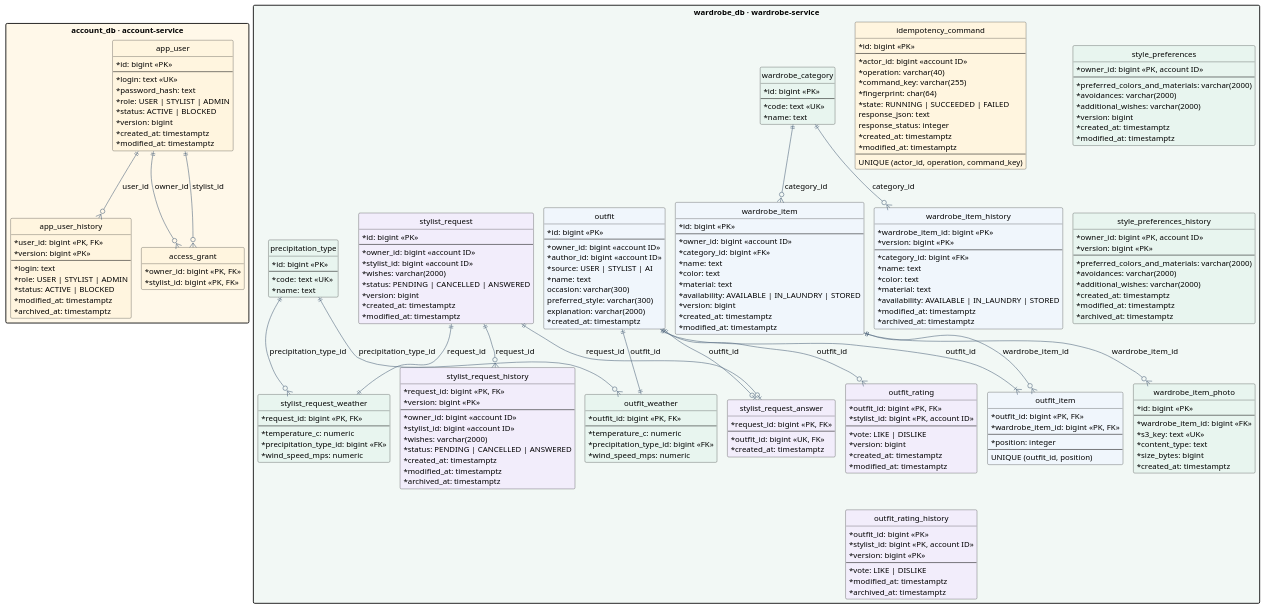
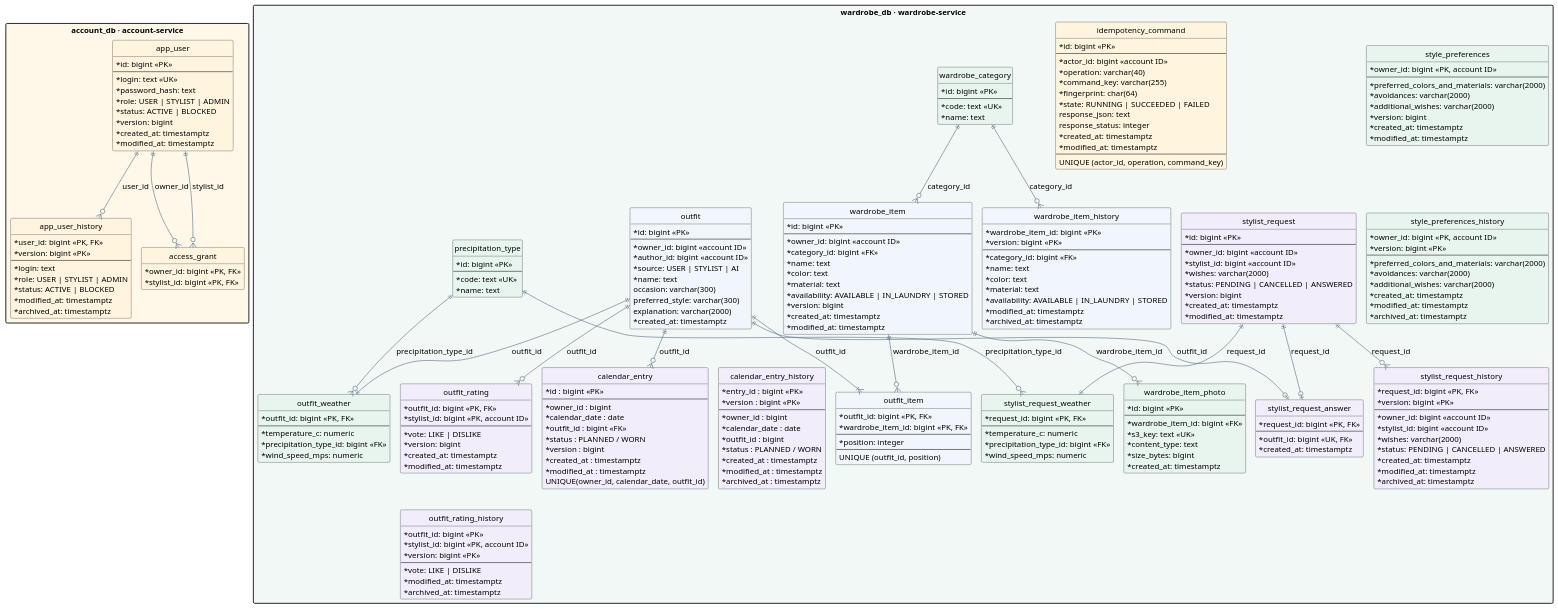
The diagram in docs/lab2/diagrams/data.puml (SimeonGor/clothes-advisor), drawn with PlantUML before and after one commit. The commit also changed 4 other files, not shown here.

Commit message:
docs(lab2): describe outfit calendar ownership and storage

```diff
--- a/docs/lab2/diagrams/data.puml
+++ b/docs/lab2/diagrams/data.puml
@@ -44,6 +44,30 @@
 }
 
 package "wardrobe_db · wardrobe-service" as wardrobe #F2F8F5 {
+  entity "calendar_entry" as calendar_entry #F2EDFB {
+    * id : bigint <<PK>>
+    --
+    * owner_id : bigint
+    * calendar_date : date
+    * outfit_id : bigint <<FK>>
+    * status : PLANNED / WORN
+    * version : bigint
+    * created_at : timestamptz
+    * modified_at : timestamptz
+    UNIQUE(owner_id, calendar_date, outfit_id)
+  }
+  entity "calendar_entry_history" as calendar_history #F2EDFB {
+    * entry_id : bigint <<PK>>
+    * version : bigint <<PK>>
+    --
+    * owner_id : bigint
+    * calendar_date : date
+    * outfit_id : bigint
+    * status : PLANNED / WORN
+    * created_at : timestamptz
+    * modified_at : timestamptz
+    * archived_at : timestamptz
+  }
   entity "stylist_request" as stylist_request #F2EDFB {
     * id: bigint <<PK>>
     --
@@ -220,6 +244,8 @@
   stylist_request ||--o| request_answer : request_id
   outfit ||--o| request_answer : outfit_id
   outfit -[hidden]right-> stylist_request
+  outfit ||--o{ calendar_entry : outfit_id
+  calendar_entry -[hidden]right-> calendar_history
   precipitation ||--o{ request_weather : precipitation_type_id
   outfit ||--o{ rating : outfit_id
   rating -[hidden]down-> rating_history
```
